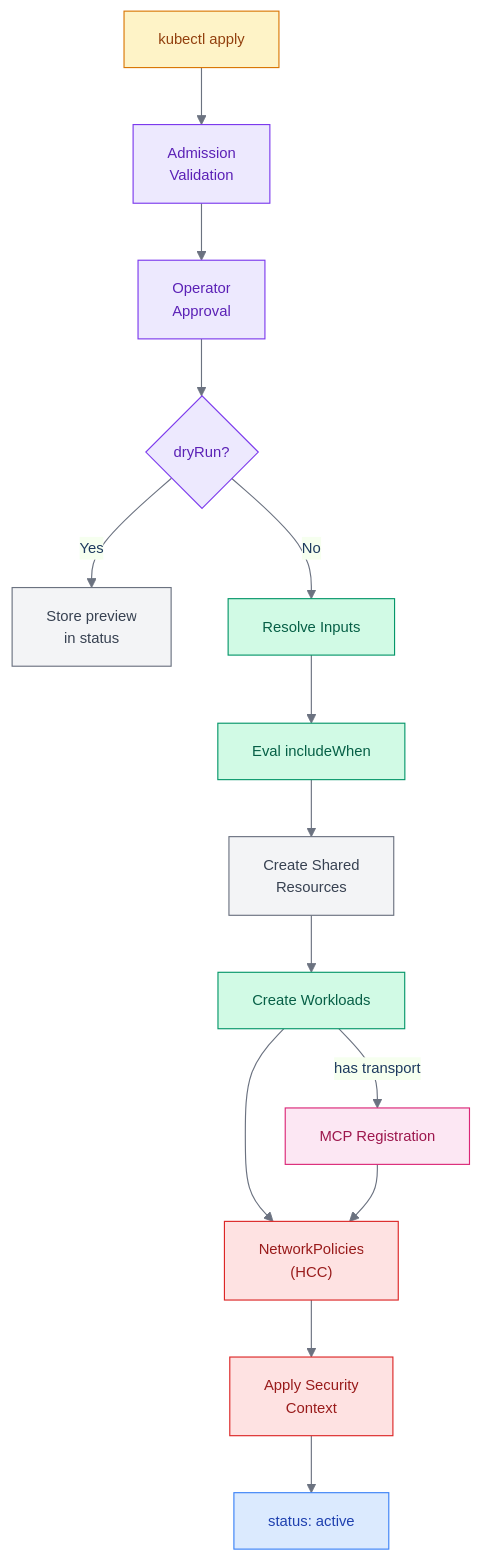
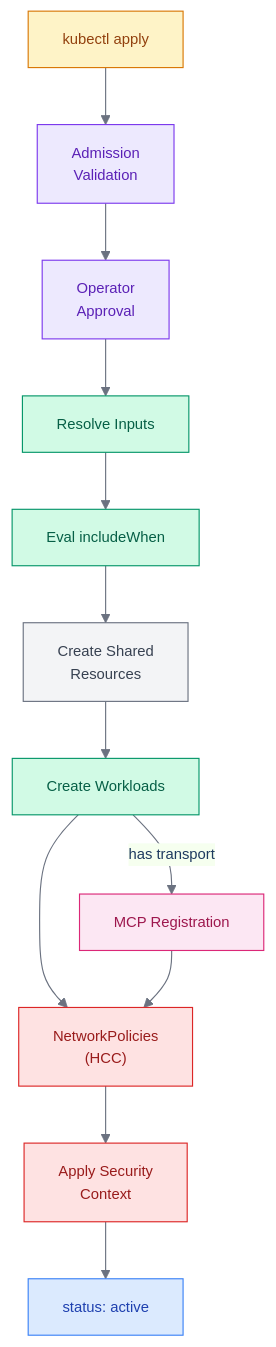
One commit to evenfire-ai/evenfire changed the third of 4 diagrams in docs/crds/workflowrecipe.md. Above: the diagram before and after it, drawn with Mermaid. The commit also changed other lines of this file and 20 other files, not shown here.

````diff
--- a/docs/crds/workflowrecipe.md
+++ b/docs/crds/workflowrecipe.md
@@ -1287,45 +1373,41 @@
 ```mermaid
 %%{init: {'theme':'base', 'themeVariables': {
   'primaryColor':'#EFF6FF',
   'primaryTextColor':'#1E3A5F',
   'primaryBorderColor':'#3B82F6',
   'lineColor':'#6B7280',
   'fontSize':'13px'
 }}}%%
 flowchart TB
     APPLY["kubectl apply"]
     ADMIT["Admission<br/>Validation"]
     APPROVE["Operator<br/>Approval"]
-    DRYRUN{"dryRun?"}
-    PREVIEW["Store preview<br/>in status"]
     RESOLVE["Resolve Inputs"]
     INCLUDE["Eval includeWhen"]
     RESOURCES["Create Shared<br/>Resources"]
     WORKLOADS["Create Workloads"]
     NP["NetworkPolicies<br/>(HCC)"]
     SEC["Apply Security<br/>Context"]
     MCPREG["MCP Registration"]
     ACTIVE["status: active"]
 
-    APPLY --> ADMIT --> APPROVE --> DRYRUN
-    DRYRUN -->|"Yes"| PREVIEW
-    DRYRUN -->|"No"| RESOLVE --> INCLUDE --> RESOURCES --> WORKLOADS --> NP --> SEC --> ACTIVE
+    APPLY --> ADMIT --> APPROVE --> RESOLVE --> INCLUDE --> RESOURCES --> WORKLOADS --> NP --> SEC --> ACTIVE
     WORKLOADS -->|"has transport"| MCPREG
     MCPREG --> NP
 
     classDef service fill:#DBEAFE,stroke:#3B82F6,color:#1E40AF
     classDef operator fill:#EDE9FE,stroke:#7C3AED,color:#5B21B6
     classDef workload fill:#D1FAE5,stroke:#059669,color:#065F46
     classDef crd fill:#FCE7F3,stroke:#DB2777,color:#9D174D
     classDef user fill:#FEF3C7,stroke:#D97706,color:#92400E
     classDef security fill:#FEE2E2,stroke:#DC2626,color:#991B1B
     classDef storage fill:#F3F4F6,stroke:#6B7280,color:#374151
 
     class APPLY user
-    class ADMIT,APPROVE,DRYRUN operator
+    class ADMIT,APPROVE operator
     class RESOLVE,INCLUDE,WORKLOADS workload
-    class RESOURCES,PREVIEW storage
+    class RESOURCES storage
     class NP,SEC security
     class MCPREG crd
     class ACTIVE service
 ```
````
